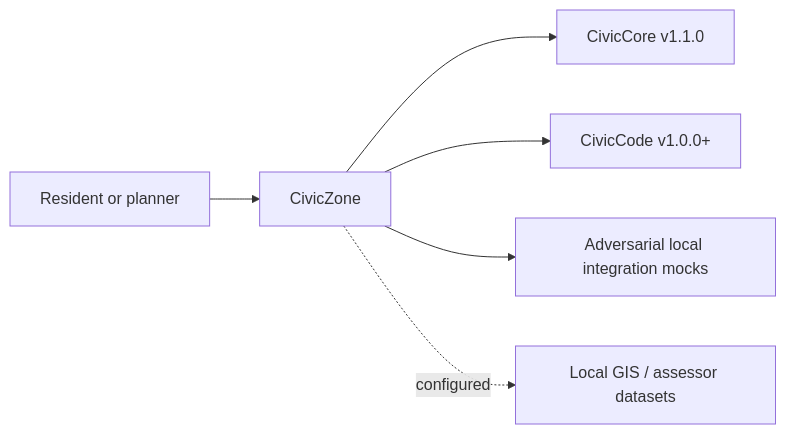
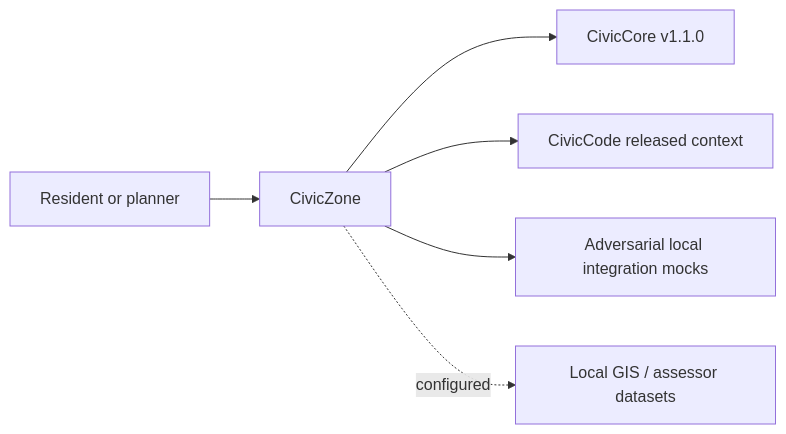
The diagram in USER-MANUAL.md (CivicSuite/civiczone), drawn with Mermaid before and after one commit. The commit also changed other lines of this file and 13 other files, not shown here.

````diff
--- a/USER-MANUAL.md
+++ b/USER-MANUAL.md
@@ -54,8 +54,8 @@
 ```mermaid
 flowchart LR
   Resident["Resident or planner"] --> CivicZone["CivicZone"]
 CivicZone --> CivicCore["CivicCore v1.1.0"]
-CivicZone --> CivicCode["CivicCode v1.0.0+"]
+CivicZone --> CivicCode["CivicCode released context"]
 CivicZone --> LocalMocks["Adversarial local integration mocks"]
 CivicZone -. configured .-> GIS["Local GIS / assessor datasets"]
 ```
````
